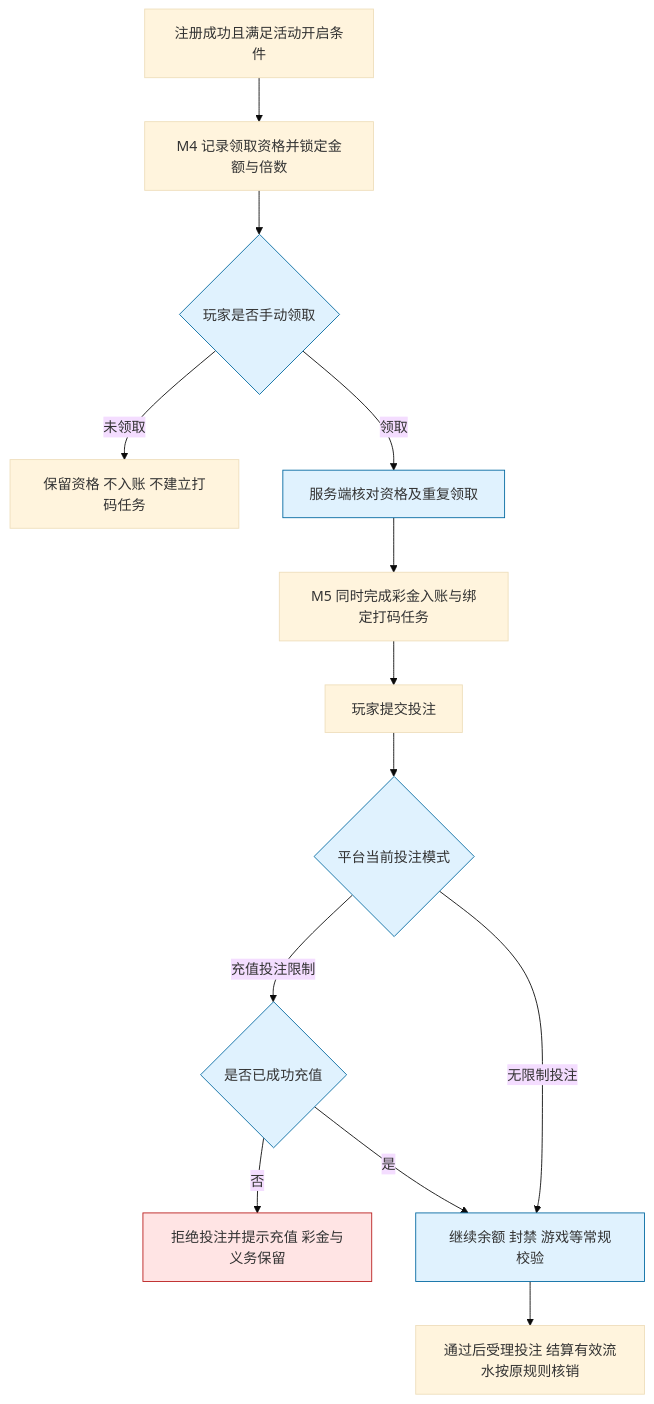
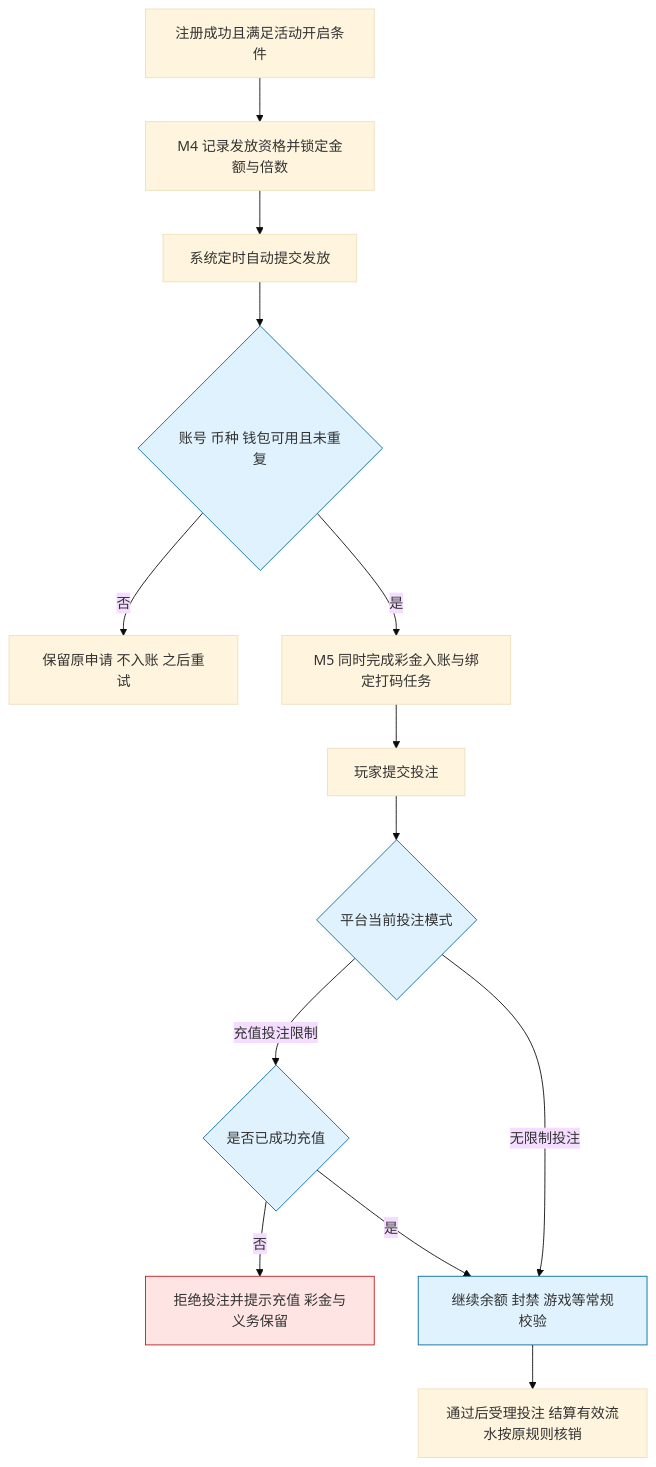
The diagram in M4-活动管理/4.8-注册送好礼/README.md (bingo-lab-1/bingo-figma), drawn with Mermaid (base theme) before and after one commit. The commit also changed other lines of this file and 157 other files, not shown here.

````diff
--- a/M4-活动管理/4.8-注册送好礼/README.md
+++ b/M4-活动管理/4.8-注册送好礼/README.md
@@ -173,19 +173,19 @@
 ```mermaid
 flowchart TD
-    A[注册成功且满足活动开启条件] --> B[M4 记录领取资格并锁定金额与倍数]
-    B --> J{玩家是否手动领取}
-    J -->|未领取| K[保留资格 不入账 不建立打码任务]
-    J -->|领取| L[服务端核对资格及重复领取]
-    L --> C[M5 同时完成彩金入账与绑定打码任务]
+    A[注册成功且满足活动开启条件] --> B[M4 记录发放资格并锁定金额与倍数]
+    B --> J[系统定时自动提交发放]
+    J --> L{账号 币种 钱包可用且未重复}
+    L -->|否| K[保留原申请 不入账 之后重试]
+    L -->|是| C[M5 同时完成彩金入账与绑定打码任务]
     C --> D[玩家提交投注]
     D --> E{平台当前投注模式}
     E -->|充值投注限制| F{是否已成功充值}
     F -->|否| G[拒绝投注并提示充值 彩金与义务保留]
     F -->|是| H[继续余额 封禁 游戏等常规校验]
     E -->|无限制投注| H
     H --> I[通过后受理投注 结算有效流水按原规则核销]
     classDef blocked fill:#ffe4e4,stroke:#b91c1c;
     classDef check fill:#e0f2fe,stroke:#0369a1;
     class G blocked;
-    class J,L,E,F,H check;
+    class L,E,F,H check;
 ```
````
